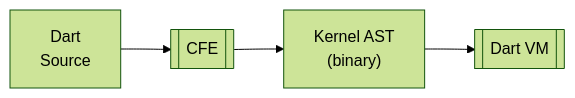
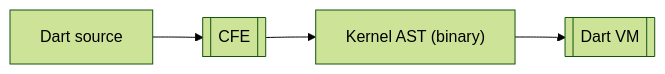
One commit to mateusfccp/mateusfccp.github.io changed the diagram in content/pinto/the-pinto-programming-language.md. Above: the diagram before and after it, drawn with Mermaid (forest theme).

```diff
--- a/content/pinto/the-pinto-programming-language.md
+++ b/content/pinto/the-pinto-programming-language.md
@@ -241,6 +241,6 @@
 {{< mermaid >}}
 flowchart LR
-    A[Dart\nSource] --> B[[CFE]]
-    B --> C["Kernel AST\n(binary)"]
+    A[Dart source] --> B[[CFE]]
+    B --> C["Kernel AST (binary)"]
     C --> D[[Dart VM]]
 {{< /mermaid >}}
```
